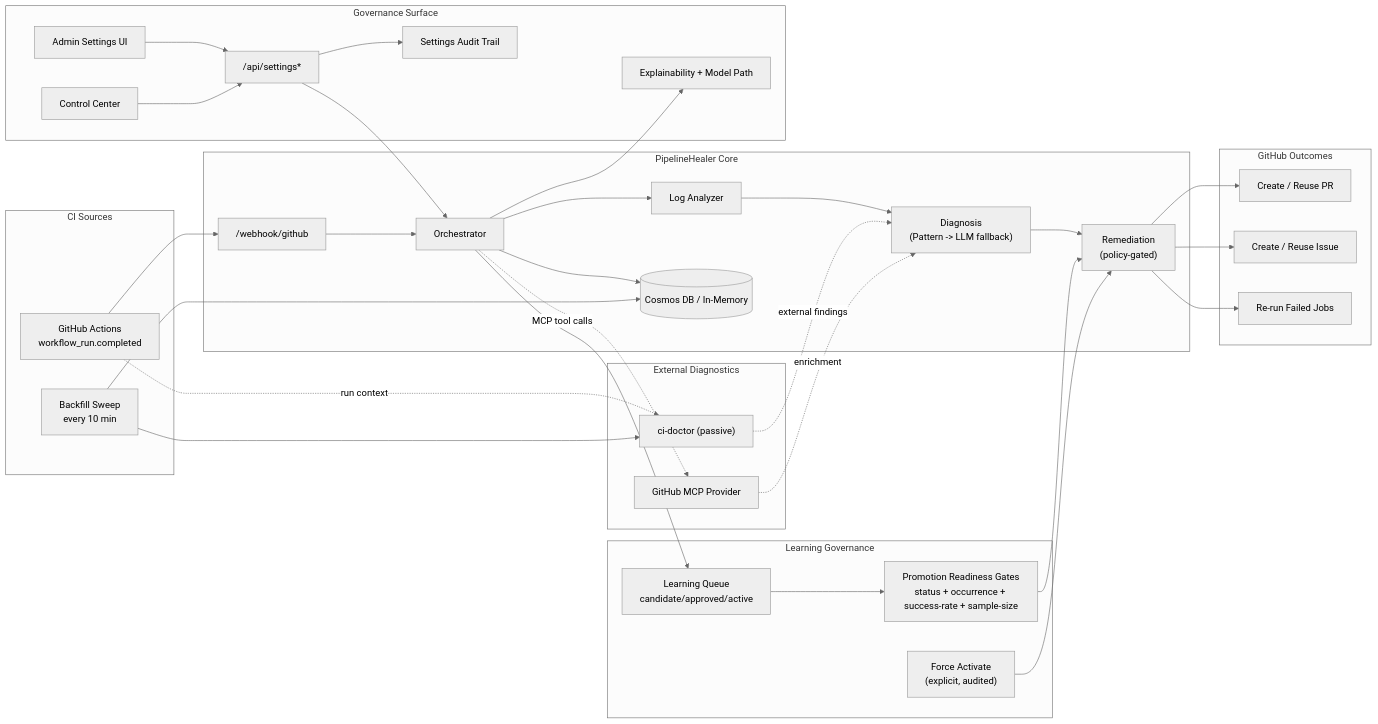
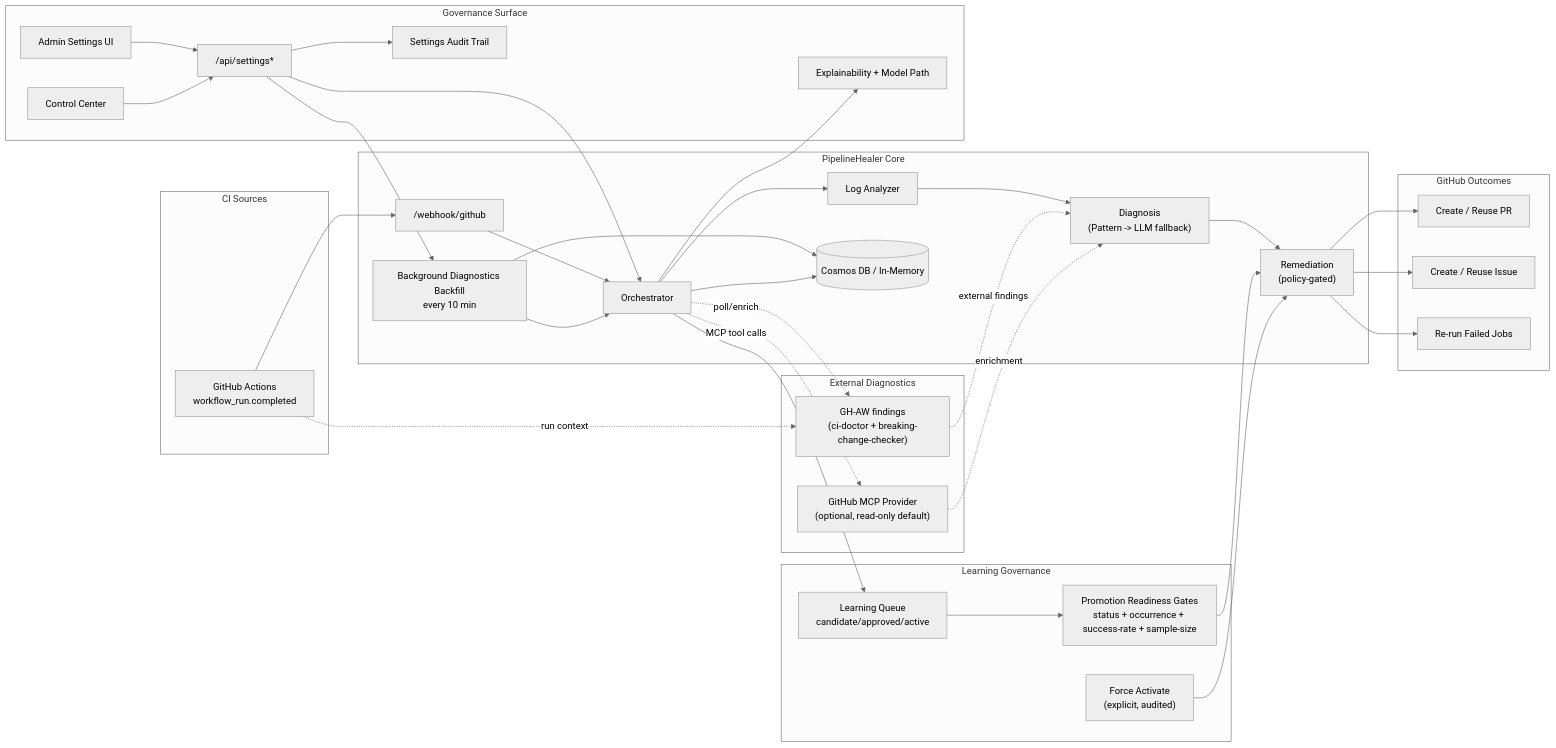
Before and after one commit to Canepro/pipelinehealer: the diagram in README.md, drawn with Mermaid (neutral theme). The commit also changed other lines of this file, not shown here.

Commit message:
docs(readme): align architecture diagram with runtime

````diff
--- a/README.md
+++ b/README.md
@@ -155,64 +155,66 @@
 ```mermaid
 flowchart LR
   subgraph CI["CI Sources"]
     GH["GitHub Actions<br/>workflow_run.completed"]
-    BF["Backfill Sweep<br/>every 10 min"]
   end
 
   subgraph PH["PipelineHealer Core"]
     WH["/webhook/github"]
     OR["Orchestrator"]
     LA["Log Analyzer"]
     DG["Diagnosis<br/>(Pattern -> LLM fallback)"]
     RM["Remediation<br/>(policy-gated)"]
+    BF["Background Diagnostics Backfill<br/>every 10 min"]
     ST[("Cosmos DB / In-Memory")]
   end
 
   subgraph EXT["External Diagnostics"]
-    AW["ci-doctor (passive)"]
-    MCP["GitHub MCP Provider"]
+    AW["GH-AW findings<br/>(ci-doctor + breaking-change-checker)"]
+    MCP["GitHub MCP Provider<br/>(optional, read-only default)"]
   end
 
   subgraph LEARN["Learning Governance"]
     LQ["Learning Queue<br/>candidate/approved/active"]
     LG["Promotion Readiness Gates<br/>status + occurrence + success-rate + sample-size"]
     FP["Force Activate<br/>(explicit, audited)"]
   end
 
   subgraph GOV["Governance Surface"]
     UI["Admin Settings UI"]
     CC["Control Center"]
     API["/api/settings*"]
     AUD["Settings Audit Trail"]
     EXP["Explainability + Model Path"]
   end
 
   subgraph OUT["GitHub Outcomes"]
     PR["Create / Reuse PR"]
     IS["Create / Reuse Issue"]
     RR["Re-run Failed Jobs"]
   end
 
   GH --> WH --> OR
   OR --> LA --> DG --> RM
   RM --> PR
   RM --> IS
   RM --> RR
 
   GH -. run context .-> AW
   AW -. external findings .-> DG
-  BF --> AW
+  BF --> OR
+  BF --> ST
+  OR -. poll/enrich .-> AW
   OR -. MCP tool calls .-> MCP
   MCP -. enrichment .-> DG
 
   UI --> API --> OR
   CC --> API
+  API --> BF
   OR --> LQ
   LQ --> LG
   LG --> RM
   FP --> RM
   API --> AUD
   OR --> EXP
   OR --> ST
-  BF --> ST
 ```
````
